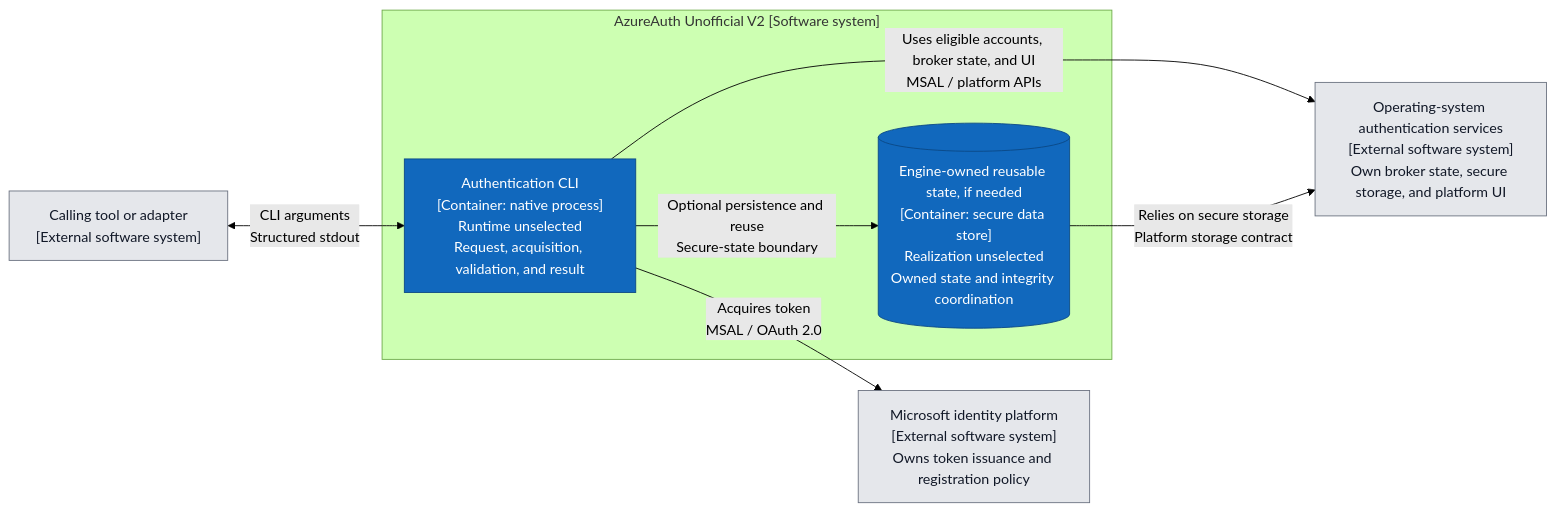
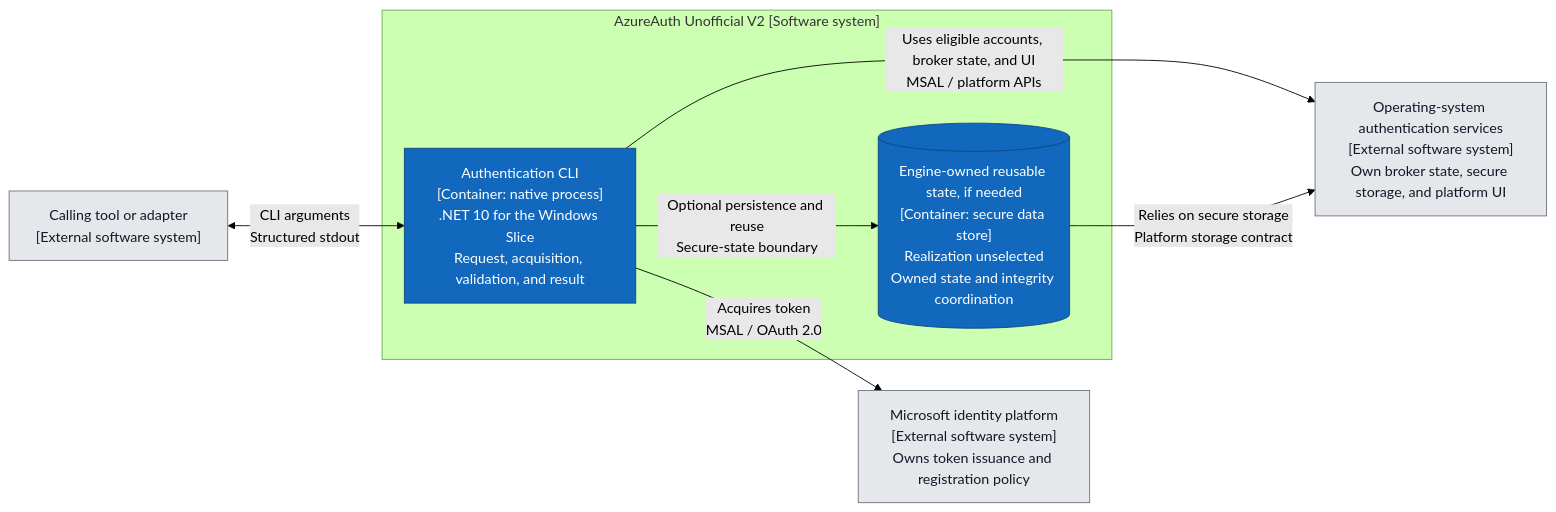
One commit to hcoona/microsoft-authentication-cli changed the second of 4 diagrams in docs/architecture/overview.md. Above: the diagram before and after it, drawn with Mermaid (forest theme). The commit also changed other lines of this file and 13 other files, not shown here.

First line of the commit message:
docs(design): define the Windows Azure DevOps authentication slice

````diff
--- a/docs/architecture/overview.md
+++ b/docs/architecture/overview.md
@@ -156,19 +161,19 @@
 ```mermaid
 flowchart LR
     caller["Calling tool or adapter<br/>[External software system]"]
     subgraph v2["AzureAuth Unofficial V2 [Software system]"]
-        cli["Authentication CLI<br/>[Container: native process]<br/>Runtime unselected<br/>Request, acquisition, validation, and result"]
+        cli["Authentication CLI<br/>[Container: native process]<br/>.NET 10 for the Windows Slice<br/>Request, acquisition, validation, and result"]
         state[("Engine-owned reusable state, if needed<br/>[Container: secure data store]<br/>Realization unselected<br/>Owned state and integrity coordination")]
     end
     platform["Operating-system authentication services<br/>[External software system]<br/>Own broker state, secure storage, and platform UI"]
     identity["Microsoft identity platform<br/>[External software system]<br/>Owns token issuance and registration policy"]
     caller <-->|CLI arguments<br/>Structured stdout| cli
     cli -->|Acquires token<br/>MSAL / OAuth 2.0| identity
     cli -->|Uses eligible accounts, broker state, and UI<br/>MSAL / platform APIs| platform
     cli -->|Optional persistence and reuse<br/>Secure-state boundary| state
     state -->|Relies on secure storage<br/>Platform storage contract| platform
     classDef owned fill:#1168bd,color:#fff,stroke:#0b4884
     classDef external fill:#e5e7eb,color:#111827,stroke:#6b7280
     class cli,state owned
     class caller,platform,identity external
 ```
````
